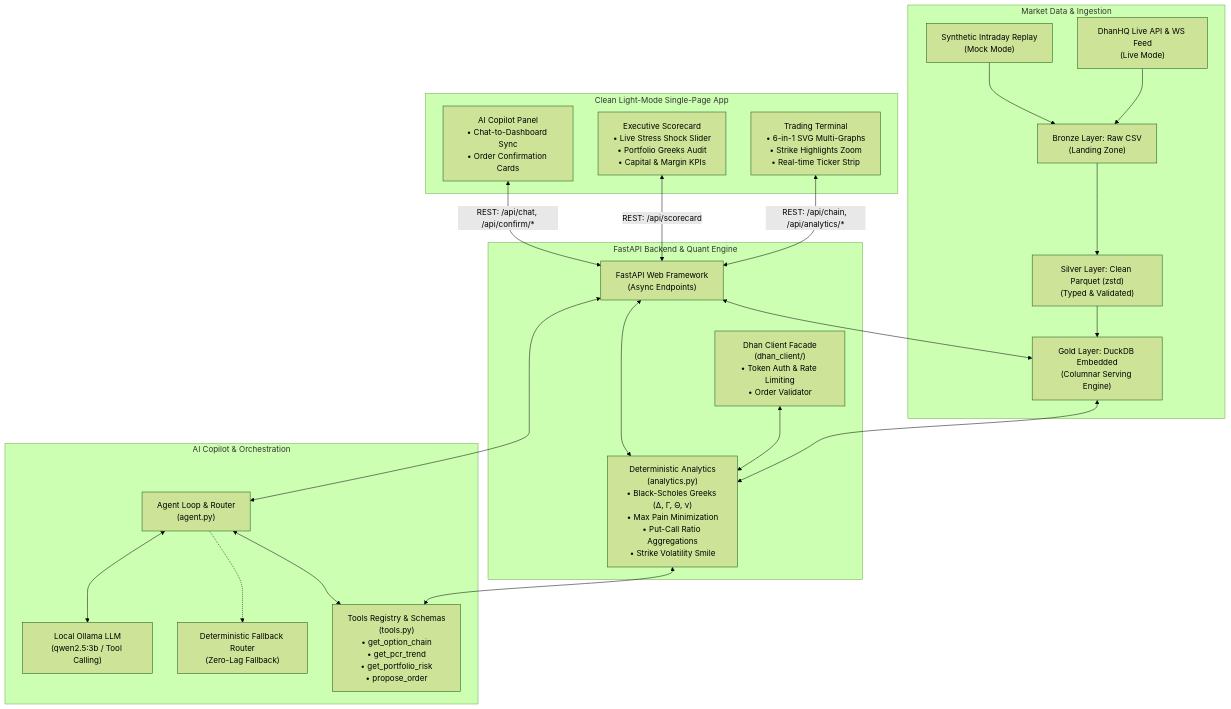
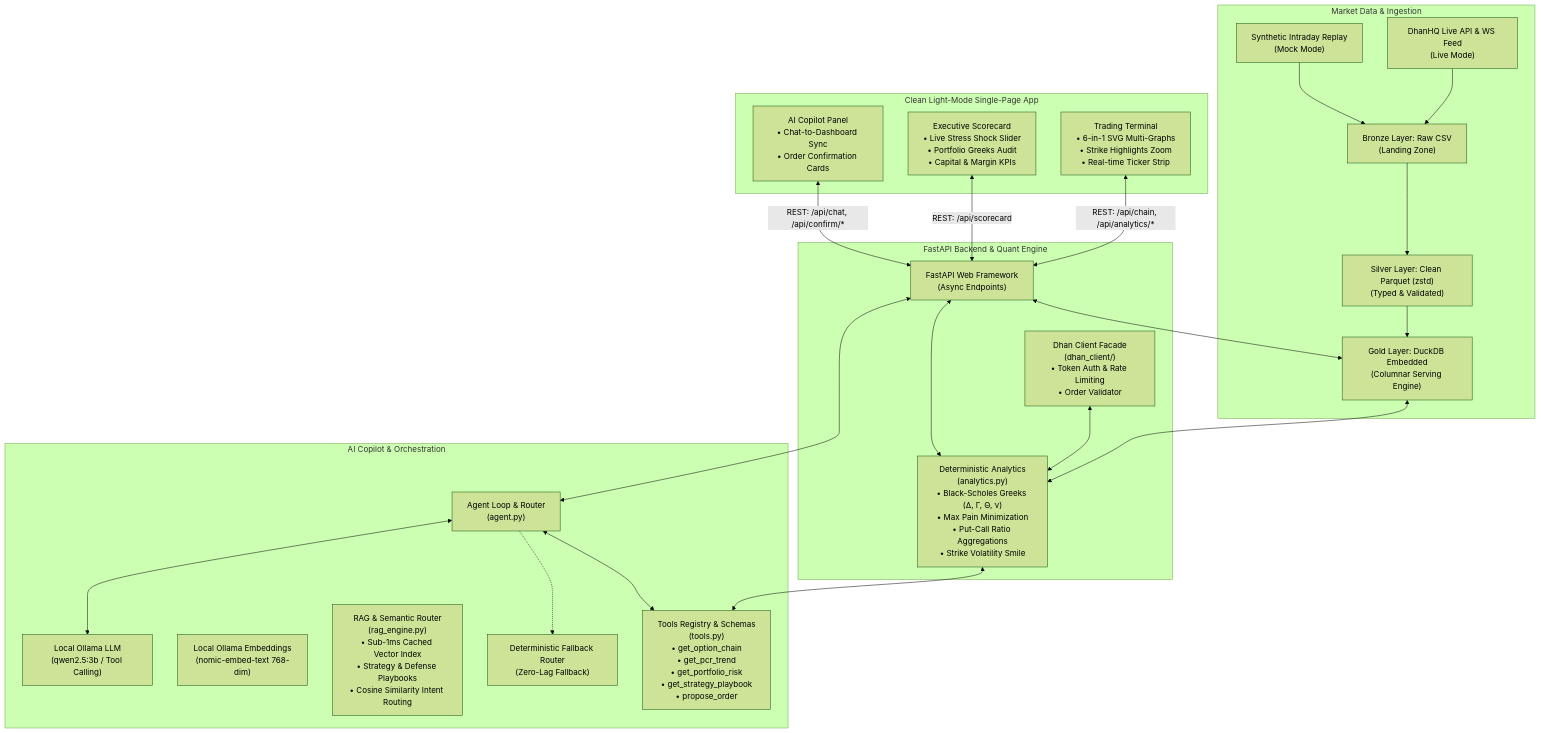
One commit to siddheshasati/Dhanlens changed the first of 4 diagrams in ARCHITECTURE.md. Above: the diagram before and after it, drawn with Mermaid (forest theme). The commit also changed 7 other files, not shown here.

Commit message:
Added RagEngine class for handling semantic embeddings and routing trader queries to appropriate tools.

````diff
--- a/ARCHITECTURE.md
+++ b/ARCHITECTURE.md
@@ -11,55 +11,57 @@
 ```mermaid
 flowchart TB
     subgraph MarketData ["Market Data & Ingestion"]
         DhanLive["DhanHQ Live API & WS Feed<br/>(Live Mode)"]
         DhanMock["Synthetic Intraday Replay<br/>(Mock Mode)"]
         RawCSV["Bronze Layer: Raw CSV<br/>(Landing Zone)"]
         Parquet["Silver Layer: Clean Parquet (zstd)<br/>(Typed & Validated)"]
         DuckDB["Gold Layer: DuckDB Embedded<br/>(Columnar Serving Engine)"]
     end
 
     subgraph BackendCore ["FastAPI Backend & Quant Engine"]
         FastAPI["FastAPI Web Framework<br/>(Async Endpoints)"]
         Analytics["Deterministic Analytics<br/>(analytics.py)<br/>• Black-Scholes Greeks (Δ, Γ, Θ, ν)<br/>• Max Pain Minimization<br/>• Put-Call Ratio Aggregations<br/>• Strike Volatility Smile"]
         DhanFacade["Dhan Client Facade<br/>(dhan_client/)<br/>• Token Auth & Rate Limiting<br/>• Order Validator"]
     end
 
     subgraph AIAgent ["AI Copilot & Orchestration"]
         AgentRouter["Agent Loop & Router<br/>(agent.py)"]
         OllamaLLM["Local Ollama LLM<br/>(qwen2.5:3b / Tool Calling)"]
+        NomicEmbed["Local Ollama Embeddings<br/>(nomic-embed-text 768-dim)"]
+        RAGEngine["RAG & Semantic Router<br/>(rag_engine.py)<br/>• Sub-1ms Cached Vector Index<br/>• Strategy & Defense Playbooks<br/>• Cosine Similarity Intent Routing"]
         RuleRouter["Deterministic Fallback Router<br/>(Zero-Lag Fallback)"]
-        ToolsRegistry["Tools Registry & Schemas<br/>(tools.py)<br/>• get_option_chain<br/>• get_pcr_trend<br/>• get_portfolio_risk<br/>• propose_order"]
+        ToolsRegistry["Tools Registry & Schemas<br/>(tools.py)<br/>• get_option_chain<br/>• get_pcr_trend<br/>• get_portfolio_risk<br/>• get_strategy_playbook<br/>• propose_order"]
     end
 
     subgraph FrontendPresentation ["Clean Light-Mode Single-Page App"]
         TerminalView["Trading Terminal<br/>• 6-in-1 SVG Multi-Graphs<br/>• Strike Highlights Zoom<br/>• Real-time Ticker Strip"]
         ScorecardView["Executive Scorecard<br/>• Live Stress Shock Slider<br/>• Portfolio Greeks Audit<br/>• Capital & Margin KPIs"]
         ChatCopilot["AI Copilot Panel<br/>• Chat-to-Dashboard Sync<br/>• Order Confirmation Cards"]
     end
 
     %% Ingestion Connections
     DhanLive --> RawCSV
     DhanMock --> RawCSV
     RawCSV --> Parquet
     Parquet --> DuckDB
 
     %% Data to Backend
     DuckDB <--> Analytics
     Analytics <--> ToolsRegistry
     DhanFacade <--> Analytics
 
     %% Agent Flow
     AgentRouter <--> OllamaLLM
     AgentRouter -.-> RuleRouter
     AgentRouter <--> ToolsRegistry
 
     %% API Layer Connections
     FastAPI <--> AgentRouter
     FastAPI <--> Analytics
     FastAPI <--> DuckDB
 
     %% Frontend to Backend Connections
     TerminalView <-->|REST: /api/chain, /api/analytics/*| FastAPI
     ScorecardView <-->|REST: /api/scorecard| FastAPI
     ChatCopilot <-->|REST: /api/chat, /api/confirm/*| FastAPI
 ```
````
